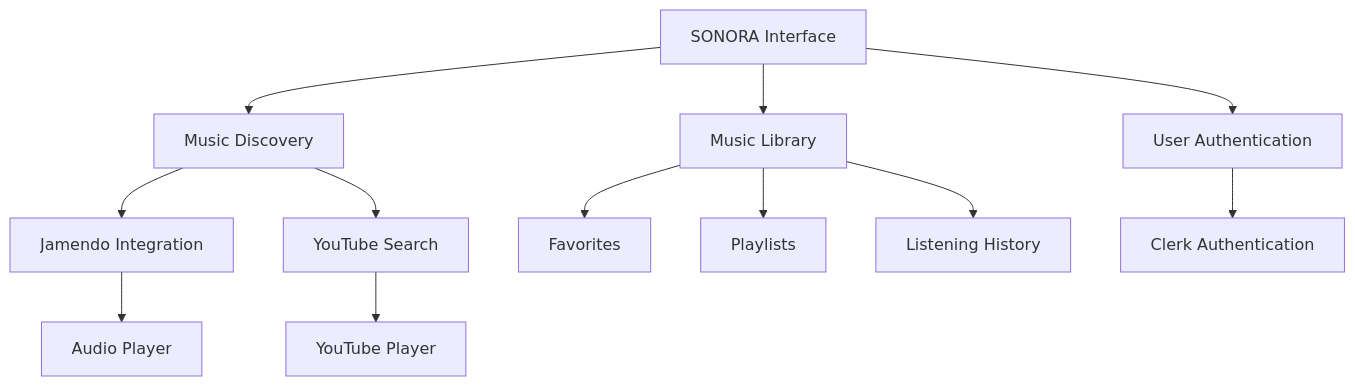
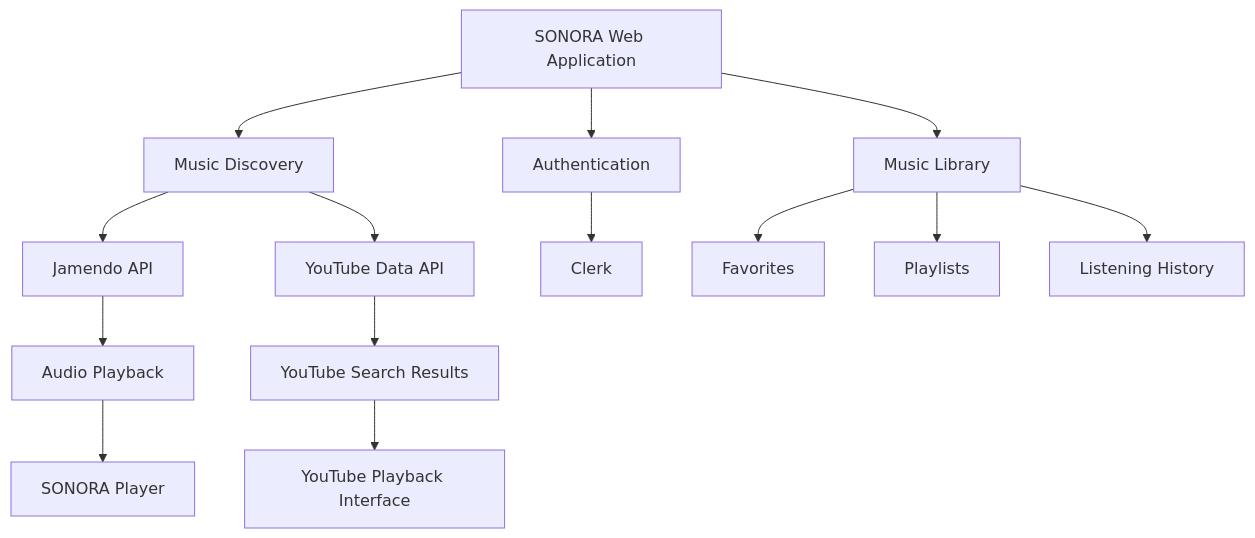
The diagram in README.md (oishipaul45-engineer/sonora), drawn with Mermaid before and after one commit. The commit also changed other lines of this file, not shown here.

````diff
--- a/README.md
+++ b/README.md
@@ -227,18 +339,21 @@
 ```mermaid
 flowchart TD
-    A["SONORA Interface"] --> B["Music Discovery"]
-    A --> C["User Authentication"]
+    A["SONORA Web Application"] --> B["Music Discovery"]
+    A --> C["Authentication"]
     A --> D["Music Library"]
 
-    B --> E["Jamendo Integration"]
-    B --> F["YouTube Search"]
+    B --> E["Jamendo API"]
+    B --> F["YouTube Data API"]
 
-    E --> G["Audio Player"]
-    F --> H["YouTube Player"]
+    E --> G["Audio Playback"]
+    F --> H["YouTube Search Results"]
 
-    D --> I["Favorites"]
-    D --> J["Playlists"]
-    D --> K["Listening History"]
+    C --> I["Clerk"]
 
-    C --> L["Clerk Authentication"]
+    D --> J["Favorites"]
+    D --> K["Playlists"]
+    D --> L["Listening History"]
+
+    G --> M["SONORA Player"]
+    H --> N["YouTube Playback Interface"]
 ```
````
